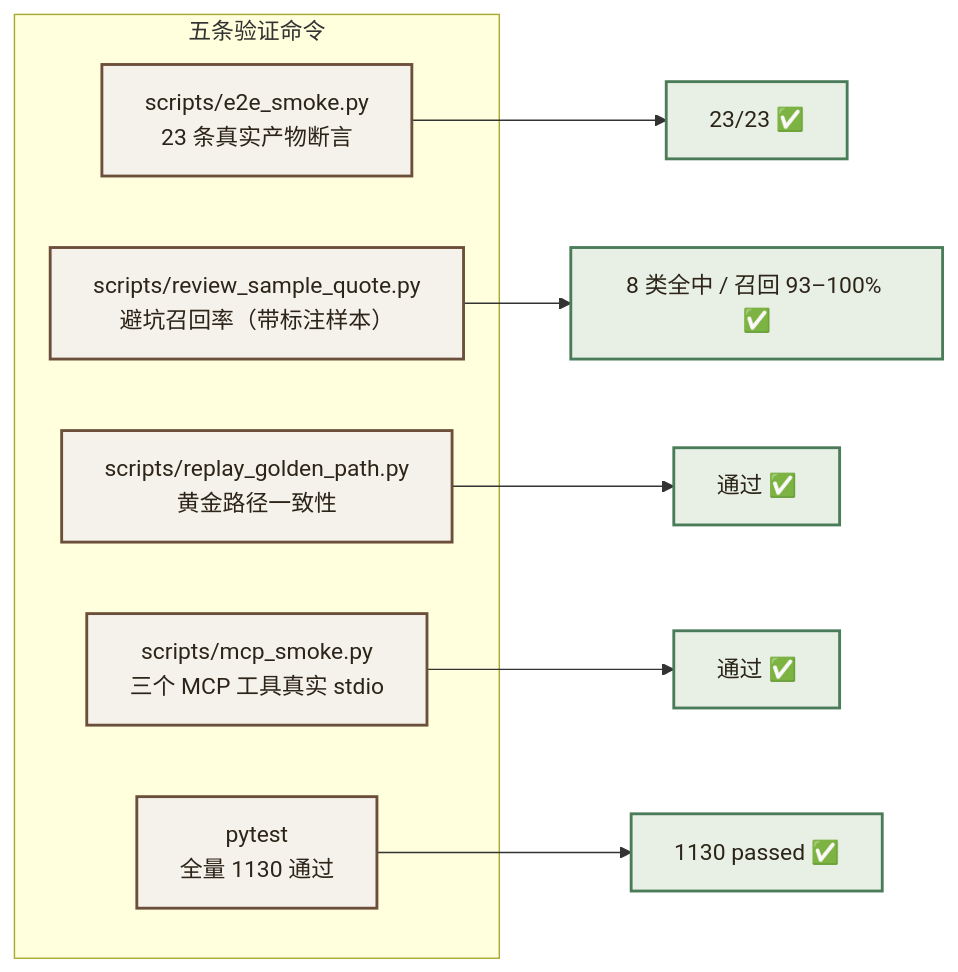
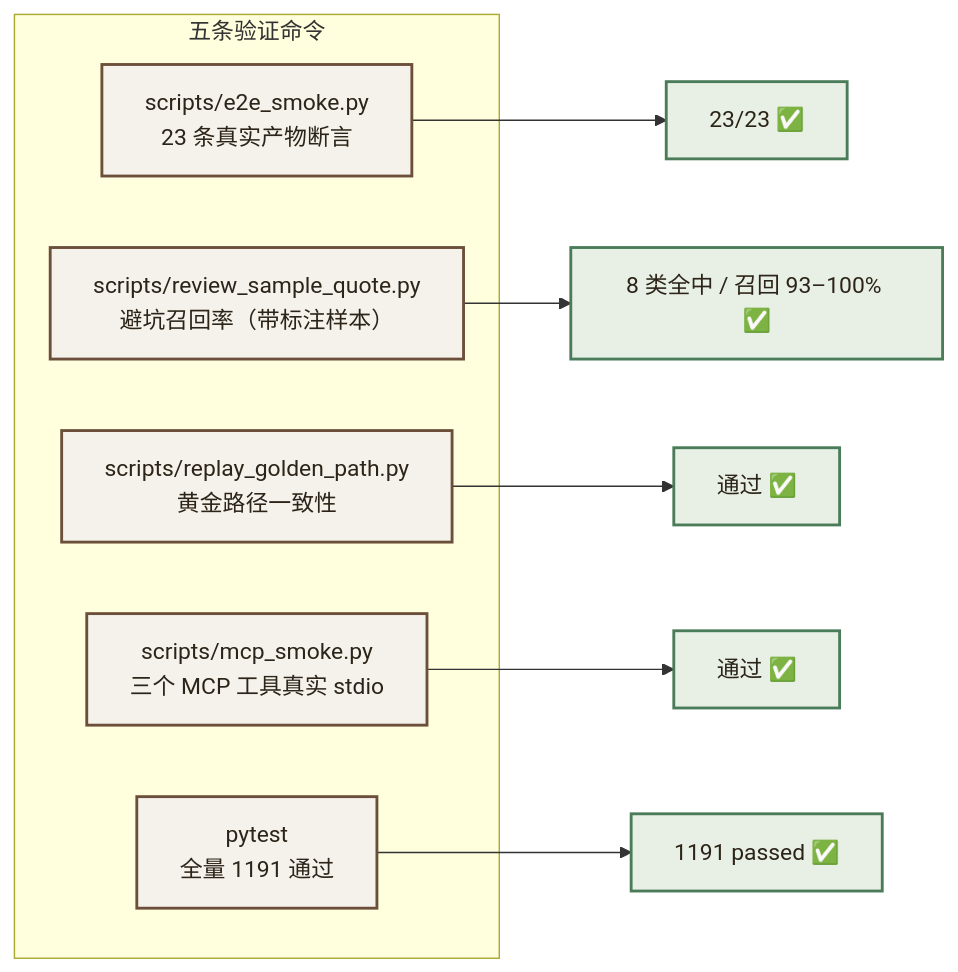
Before and after one commit to chongxunwang49-sketch/QuanYouSmartHomeCanvas: diagram 13 of 16 in docs/需求/需求文档.md, drawn with Mermaid. The commit also changed other lines of this file and 5 other files, not shown here.

````diff
--- a/docs/需求/需求文档.md
+++ b/docs/需求/需求文档.md
@@ -2654,22 +2867,22 @@
 ```mermaid
 flowchart LR
     subgraph Verify["五条验证命令"]
         V1["scripts/e2e_smoke.py<br/>23 条真实产物断言"]
         V2["scripts/review_sample_quote.py<br/>避坑召回率（带标注样本）"]
         V3["scripts/replay_golden_path.py<br/>黄金路径一致性"]
         V4["scripts/mcp_smoke.py<br/>三个 MCP 工具真实 stdio"]
-        V5["pytest<br/>全量 1130 通过"]
+        V5["pytest<br/>全量 1191 通过"]
     end
 
     V1 --> R1[23/23 ✅]
     V2 --> R2[8 类全中 / 召回 93–100% ✅]
     V3 --> R3[通过 ✅]
     V4 --> R4[通过 ✅]
-    V5 --> R5[1130 passed ✅]
+    V5 --> R5[1191 passed ✅]
 
     classDef okN fill:#E8F0E5,stroke:#4A7C59,stroke-width:2px,color:#2C2418
     classDef gateN fill:#F5F2EC,stroke:#6B4F3A,stroke-width:2px,color:#2C2418
 
     class V1,V2,V3,V4,V5 gateN
     class R1,R2,R3,R4,R5 okN
 ```
````
